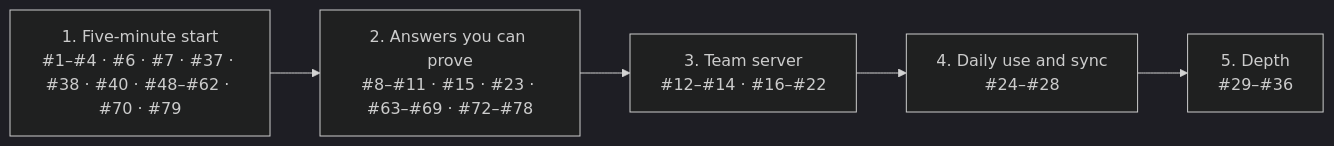
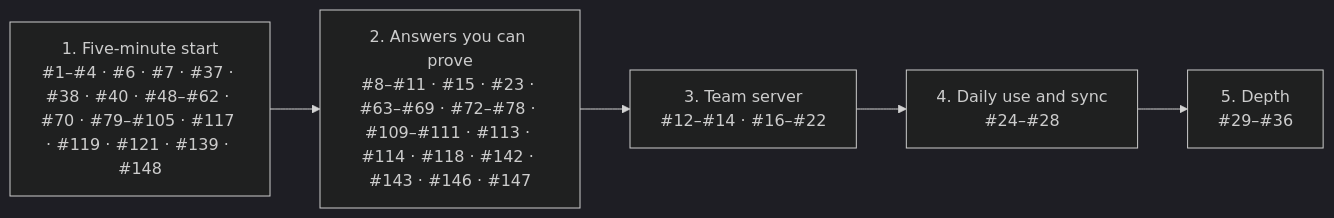
The second of 3 diagrams in docs/IMPROVEMENTS.md (boudou/StrataKB), drawn with Mermaid (dark theme) before and after one commit. The commit also changed other lines of this file and 122 other files, not shown here.

````diff
--- a/docs/IMPROVEMENTS.md
+++ b/docs/IMPROVEMENTS.md
@@ -46,7 +46,7 @@
 ```mermaid
 flowchart LR
-    m1["1. Five-minute start<br/>#1–#4 · #6 · #7 · #37 · #38 · #40 · #48–#62 · #70 · #79"] --> m2["2. Answers you can prove<br/>#8–#11 · #15 · #23 · #63–#69 · #72–#78"]
+    m1["1. Five-minute start<br/>#1–#4 · #6 · #7 · #37 · #38 · #40 · #48–#62 · #70 · #79–#105 · #117 · #119 · #121 · #139 · #148"] --> m2["2. Answers you can prove<br/>#8–#11 · #15 · #23 · #63–#69 · #72–#78 · #109–#111 · #113 · #114 · #118 · #142 · #143 · #146 · #147"]
     m2 --> m3["3. Team server<br/>#12–#14 · #16–#22"]
     m3 --> m4["4. Daily use and sync<br/>#24–#28"]
     m4 --> m5["5. Depth<br/>#29–#36"]
 ```
````
